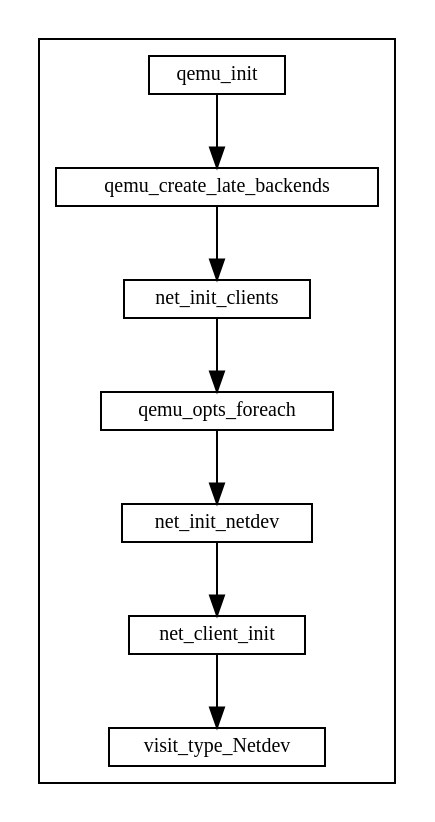
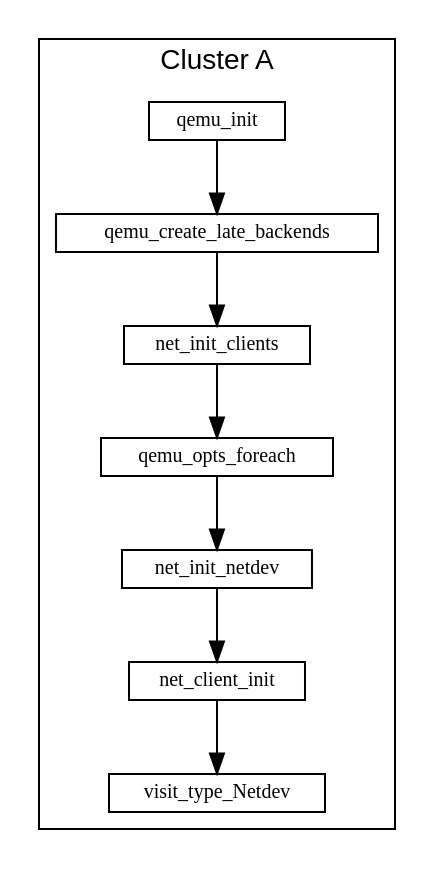
Before and after one commit to sisyphus1212/note: the diagram in qemu/qemu vhost_user的初始化逻辑.md, drawn with Graphviz.

Commit message:
auto_update

````diff
--- a/qemu/qemu vhost_user的初始化逻辑.md
+++ b/qemu/qemu vhost_user的初始化逻辑.md
@@ -13,19 +13,20 @@
 ```graphviz
 digraph {
 fontname="Helvetica,Arial,sans-serif"
 //node [fontname="Helvetica,Arial,sans-serif"]
 //edge [fontname="Helvetica,Arial,sans-serif"]
 //rankdir="LR"
 node [fontsize=10, shape=record, height=0.25]
 edge [fontsize=10]
   subgraph netdev_init {
+    label="Cluster A";
     cluster=true;
     qemu_init -> qemu_create_late_backends
               -> net_init_clients
               -> qemu_opts_foreach
               -> net_init_netdev
               -> net_client_init
               -> visit_type_Netdev
   }
 }
 ```
````
